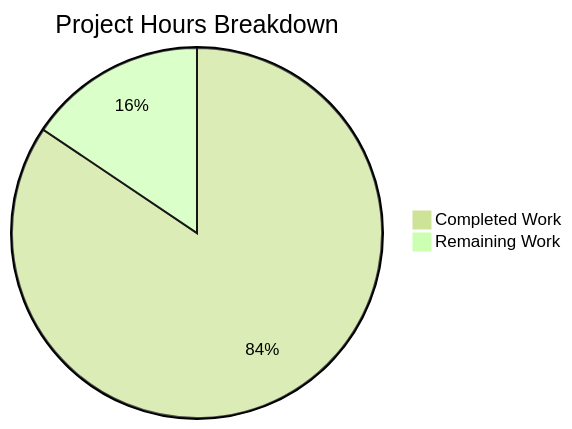
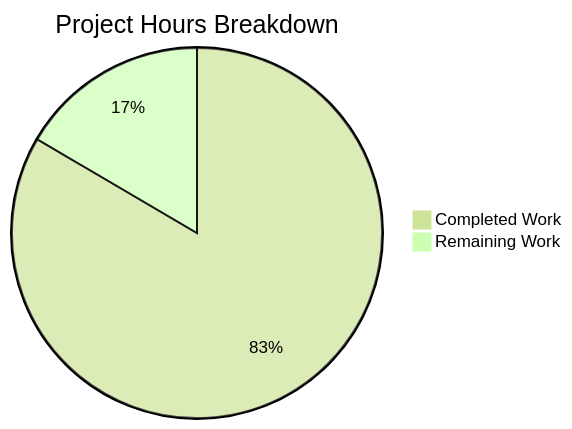
Before and after one commit to Blitzy-Sandbox/blitzy-kubernetes: the second of 2 diagrams in blitzy/documentation/Project Guide.md, drawn with Mermaid (forest theme). The commit also changed other lines of this file, not shown here.

Commit message:
Adding Blitzy Project Guide: Project Status and Human Tasks Remaining

````diff
--- a/blitzy/documentation/Project Guide.md
+++ b/blitzy/documentation/Project Guide.md
@@ -200,5 +205,5 @@
 ```mermaid
 pie title Project Hours Breakdown
-    "Completed Work" : 130
-    "Remaining Work" : 24
+    "Completed Work" : 136
+    "Remaining Work" : 27
 ```
````
